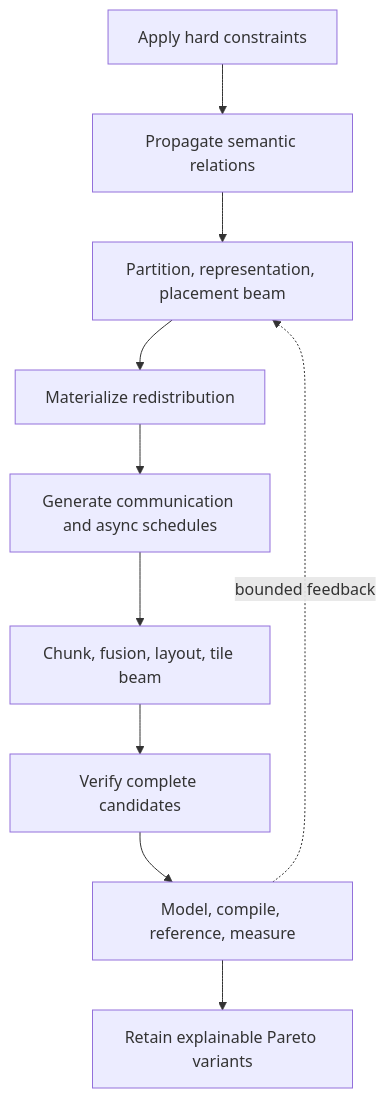
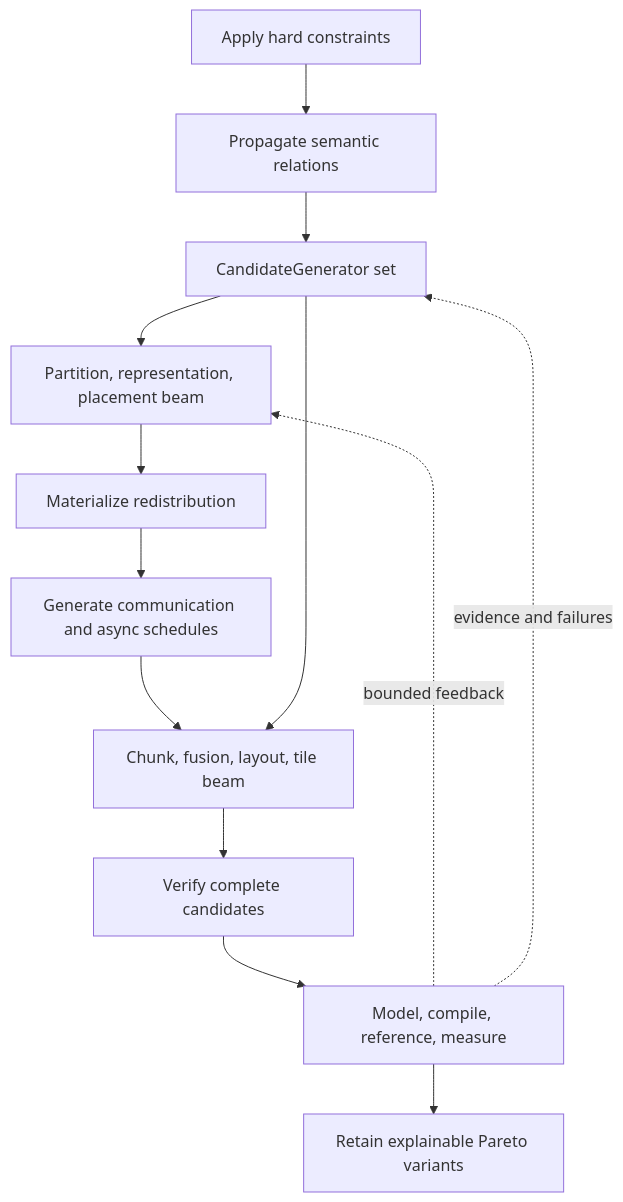
One commit to morphling666/VernonDSL changed the diagram in specs/future/joint_planner.md. Above: the diagram before and after it, drawn with Mermaid. The commit also changed other lines of this file and 6 other files, not shown here.

````diff
--- a/specs/future/joint_planner.md
+++ b/specs/future/joint_planner.md
@@ -99,16 +135,20 @@
 ```mermaid
 flowchart TB
     Hard["Apply hard constraints"]
     Analyze["Propagate semantic relations"]
+    Generate["CandidateGenerator set"]
     Outer["Partition, representation, placement beam"]
     Redist["Materialize redistribution"]
     Async["Generate communication and async schedules"]
     Inner["Chunk, fusion, layout, tile beam"]
     Verify["Verify complete candidates"]
     Evaluate["Model, compile, reference, measure"]
     Pareto["Retain explainable Pareto variants"]
 
-    Hard --> Analyze --> Outer --> Redist --> Async --> Inner
+    Hard --> Analyze --> Generate
+    Generate --> Outer --> Redist --> Async --> Inner
+    Generate --> Inner
     Inner --> Verify --> Evaluate --> Pareto
     Evaluate -. bounded feedback .-> Outer
+    Evaluate -. evidence and failures .-> Generate
 ```
````
